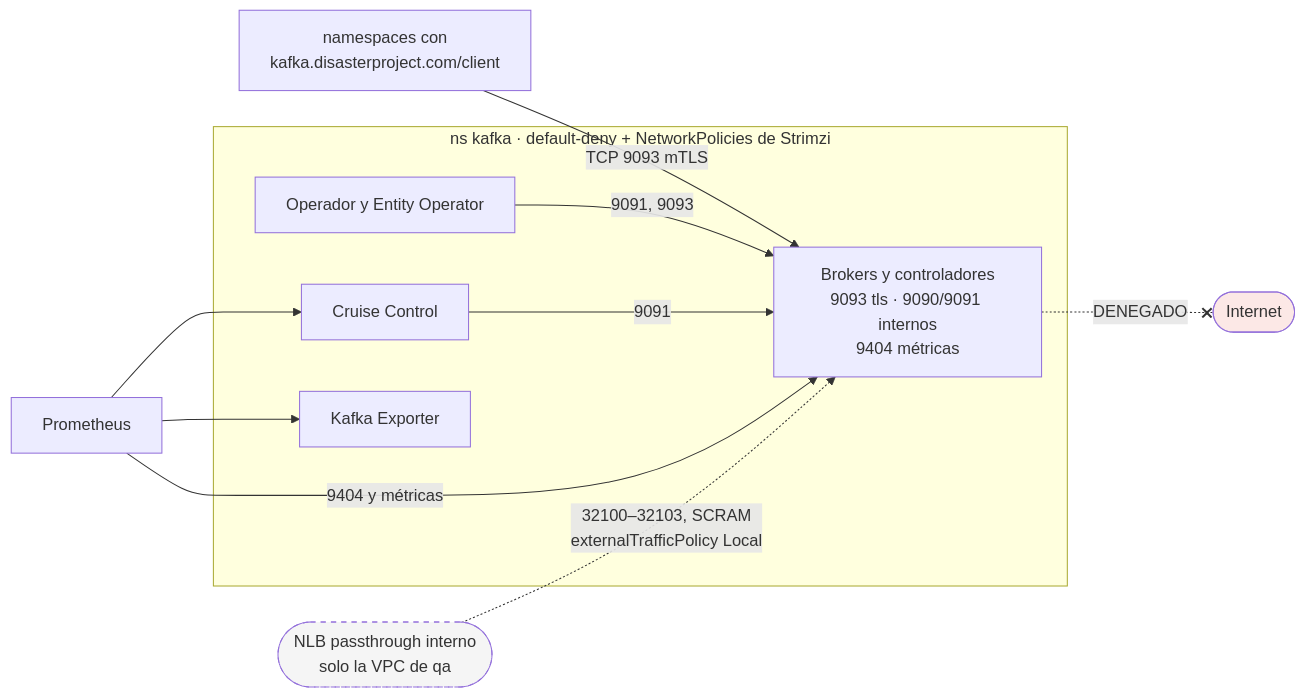
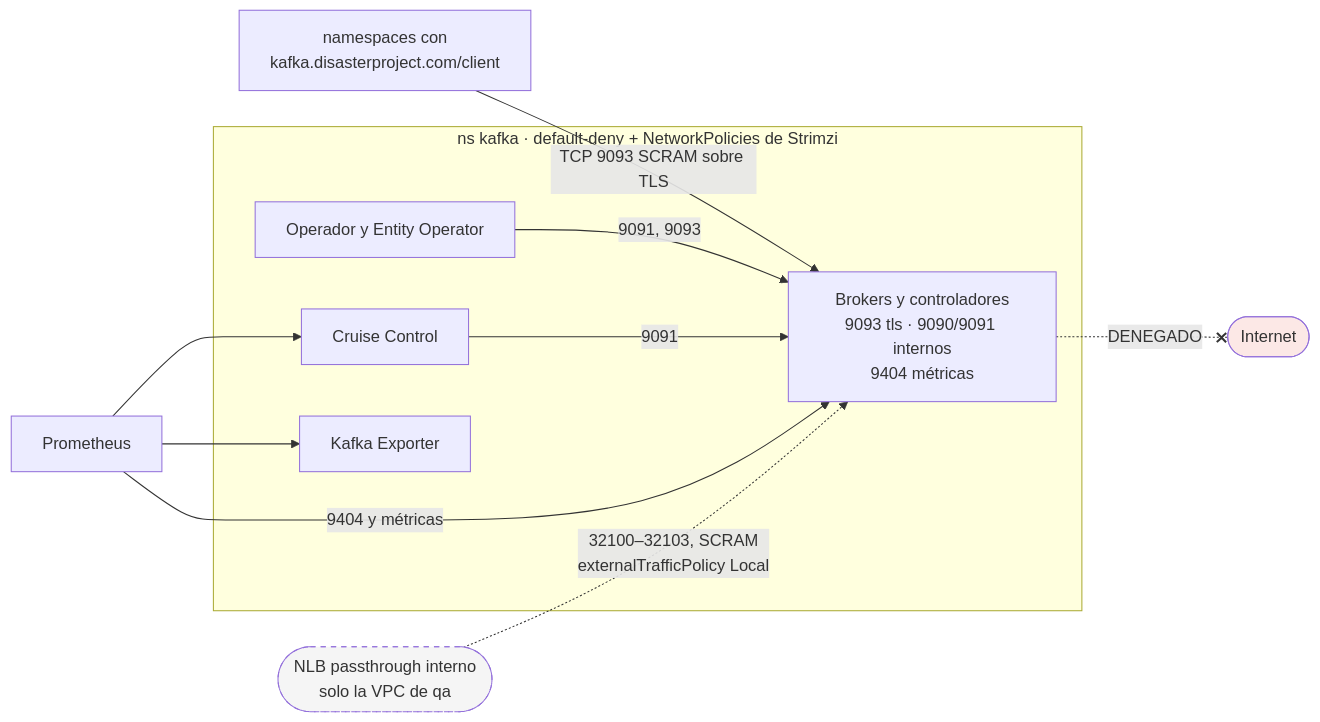
One commit to aescanero/proposal_documents changed the diagram in docs/es/proposals/kafka-qa/diagrams/04-red.mmd. Above: the diagram before and after it, drawn with Mermaid. The commit also changed 27 other files, not shown here.

```diff
--- a/docs/es/proposals/kafka-qa/diagrams/04-red.mmd
+++ b/docs/es/proposals/kafka-qa/diagrams/04-red.mmd
@@ -1,23 +1,23 @@
 flowchart LR
     subgraph NS["ns kafka · default-deny + NetworkPolicies de Strimzi"]
         BR["Brokers y controladores<br/>9093 tls · 9090/9091 internos<br/>9404 métricas"]
         OPR["Operador y Entity Operator"]
         CC["Cruise Control"]
         KE["Kafka Exporter"]
     end
     APPS["namespaces con<br/>kafka.disasterproject.com/client"]
     P["Prometheus"]
     NLB(["NLB passthrough interno<br/>solo la VPC de qa"])
     INET(["Internet"])
 
-    APPS -->|"TCP 9093 mTLS"| BR
+    APPS -->|"TCP 9093 SCRAM sobre TLS"| BR
     OPR -->|"9091, 9093"| BR
     CC -->|"9091"| BR
     P -->|"9404 y métricas"| BR
     P --> KE
     P --> CC
     NLB -. "32100–32103, SCRAM<br/>externalTrafficPolicy Local" .-> BR
     BR -.-x|"DENEGADO"| INET
 
     style INET fill:#fce8e6
     style NLB fill:#f5f5f5,stroke-dasharray: 5 5
```
